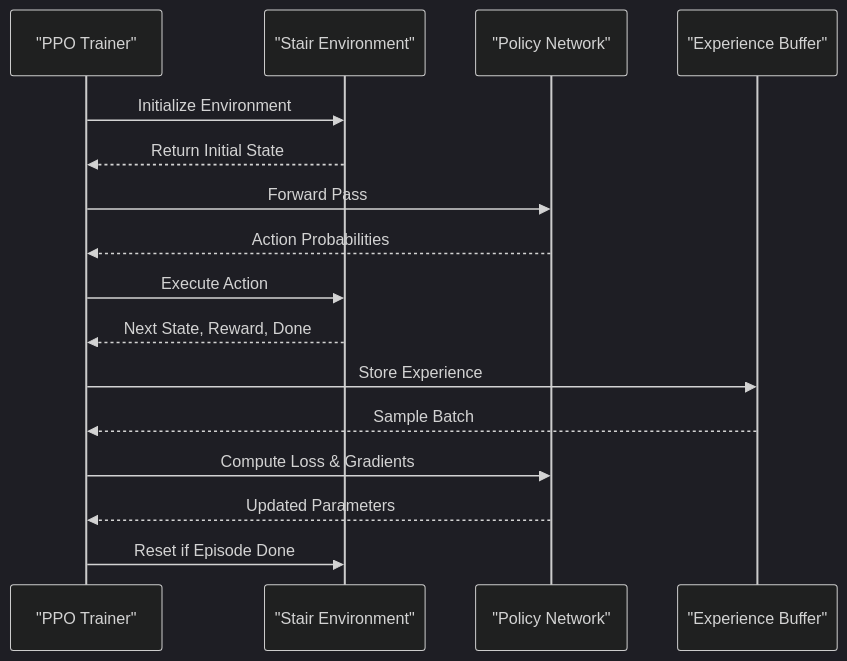
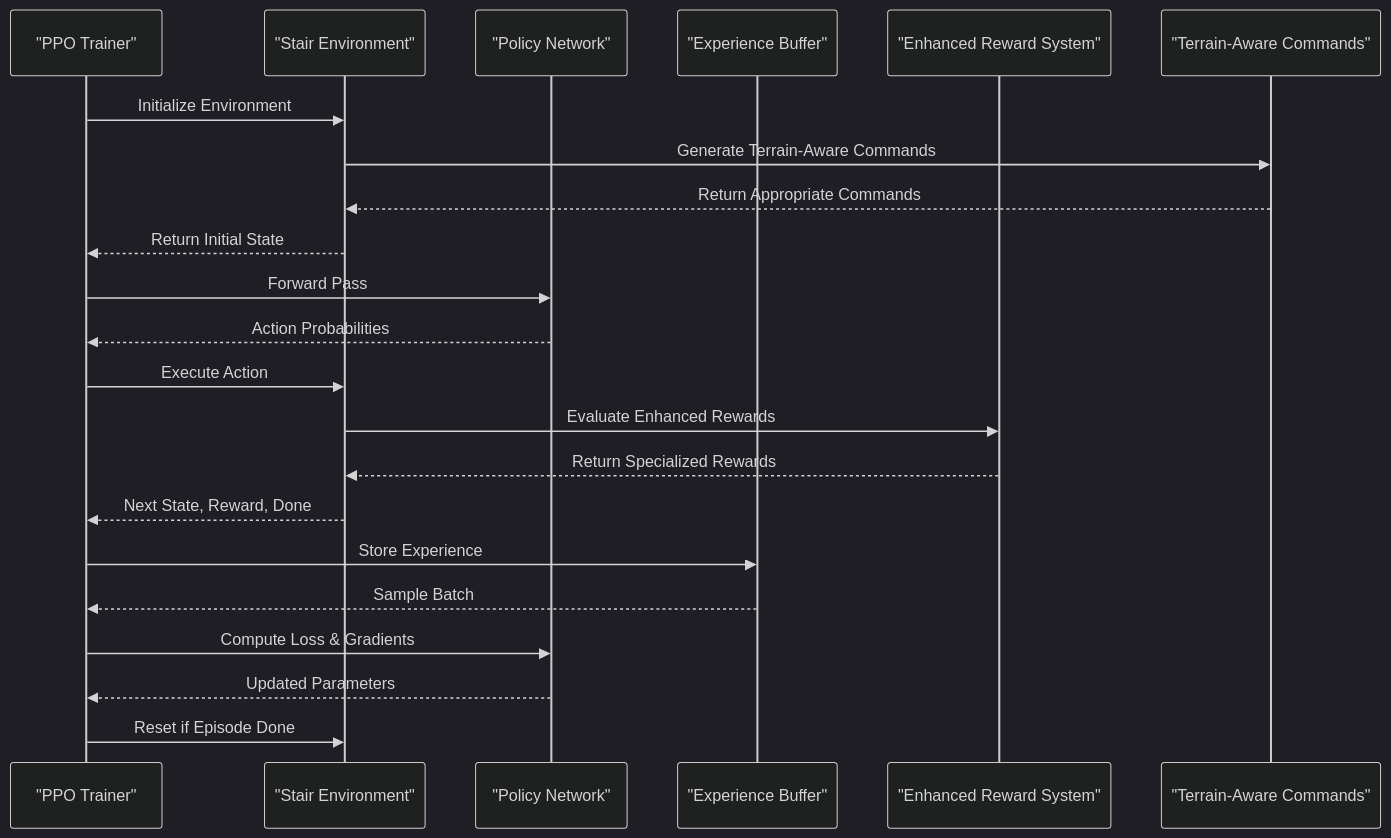
Before and after one commit to jayjayhust/robot_lab: the fifth of 8 diagrams in .qoder/repowiki/en/content/ZSIBOT ZSL1 Stair Climbing Configuration.md, drawn with Mermaid (dark theme). The commit also changed other lines of this file and 10 other files, not shown here.

````diff
--- a/.qoder/repowiki/en/content/ZSIBOT ZSL1 Stair Climbing Configuration.md
+++ b/.qoder/repowiki/en/content/ZSIBOT ZSL1 Stair Climbing Configuration.md
@@ -238,18 +290,24 @@
 ```mermaid
 sequenceDiagram
 participant Trainer as "PPO Trainer"
 participant Env as "Stair Environment"
 participant Agent as "Policy Network"
 participant Memory as "Experience Buffer"
+participant Rewards as "Enhanced Reward System"
+participant Commands as "Terrain-Aware Commands"
 Trainer->>Env : Initialize Environment
+Env->>Commands : Generate Terrain-Aware Commands
+Commands-->>Env : Return Appropriate Commands
 Env-->>Trainer : Return Initial State
 Trainer->>Agent : Forward Pass
 Agent-->>Trainer : Action Probabilities
 Trainer->>Env : Execute Action
+Env->>Rewards : Evaluate Enhanced Rewards
+Rewards-->>Env : Return Specialized Rewards
 Env-->>Trainer : Next State, Reward, Done
 Trainer->>Memory : Store Experience
 Memory-->>Trainer : Sample Batch
 Trainer->>Agent : Compute Loss & Gradients
 Agent-->>Trainer : Updated Parameters
 Trainer->>Env : Reset if Episode Done
 ```
````
